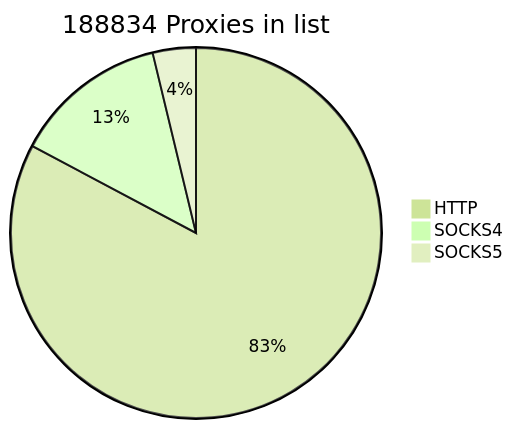
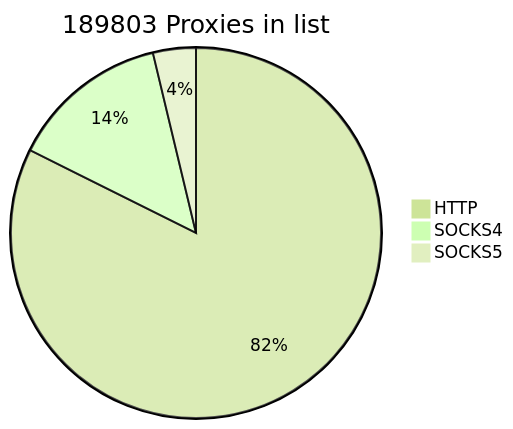
The first of 2 diagrams in README.md (cutipu/proxylist), drawn with Mermaid (forest theme) before and after one commit. The commit also changed other lines of this file, not shown here.

````diff
--- a/README.md
+++ b/README.md
@@ -2,7 +2,7 @@
 ```mermaid
-pie title 188834 Proxies in list
-    "HTTP" : 156300
-    "SOCKS4" : 25433
+pie title 189803 Proxies in list
+    "HTTP" : 156331
+    "SOCKS4" : 26371
     "SOCKS5" : 7101
             
 ```
````
